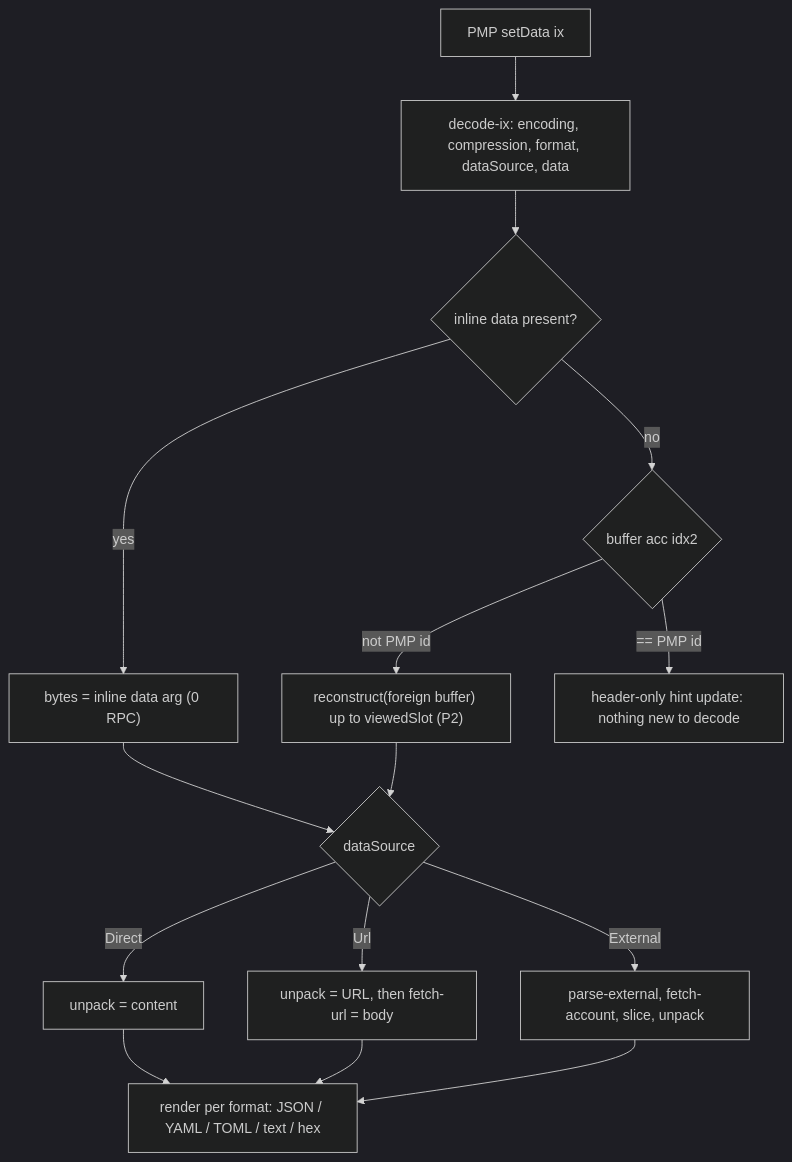
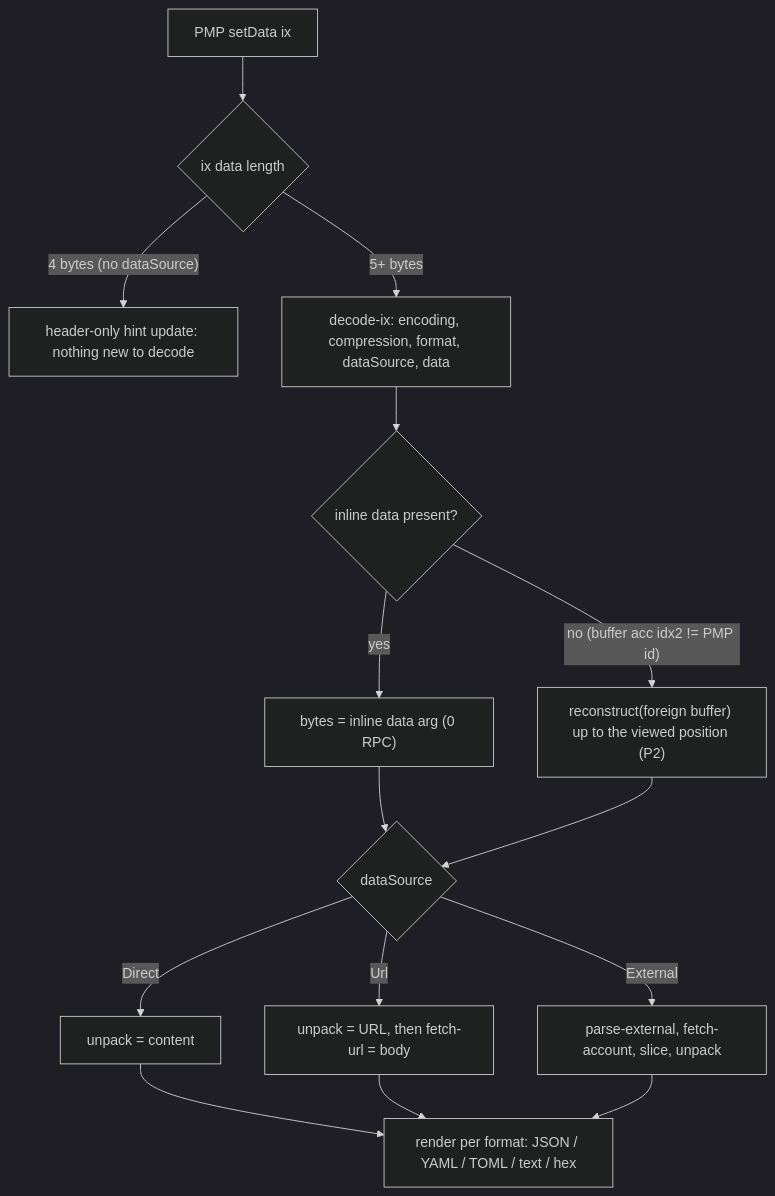
One commit to hoodieshq/explorer changed the first of 3 diagrams in openspec/changes/decode-pmp-buffer-content/diagrams.md. Above: the diagram before and after it, drawn with Mermaid (dark theme). The commit also changed other lines of this file and 15 other files, not shown here.

````diff
--- a/openspec/changes/decode-pmp-buffer-content/diagrams.md
+++ b/openspec/changes/decode-pmp-buffer-content/diagrams.md
@@ -40,17 +52,17 @@
 ```mermaid
 flowchart TD
-    S["PMP setData ix"] --> DEC["decode-ix: encoding, compression, format, dataSource, data"]
+    S["PMP setData ix"] --> Q0{"ix data length"}
+    Q0 -->|"4 bytes (no dataSource)"| H["header-only hint update: nothing new to decode"]
+    Q0 -->|"5+ bytes"| DEC["decode-ix: encoding, compression, format, dataSource, data"]
     DEC --> Q1{"inline data present?"}
     Q1 -->|yes| B1["bytes = inline data arg (0 RPC)"]
-    Q1 -->|no| Q2{"buffer acc idx2"}
-    Q2 -->|"not PMP id"| B2["reconstruct(foreign buffer) up to viewedSlot (P2)"]
-    Q2 -->|"== PMP id"| H["header-only hint update: nothing new to decode"]
+    Q1 -->|"no (buffer acc idx2 != PMP id)"| B2["reconstruct(foreign buffer) up to the viewed position (P2)"]
     B1 --> DS{"dataSource"}
     B2 --> DS
     DS -->|Direct| D1["unpack = content"]
     DS -->|Url| U1["unpack = URL, then fetch-url = body"]
     DS -->|External| E1["parse-external, fetch-account, slice, unpack"]
     D1 --> R["render per format: JSON / YAML / TOML / text / hex"]
     U1 --> R
     E1 --> R
 ```
````
